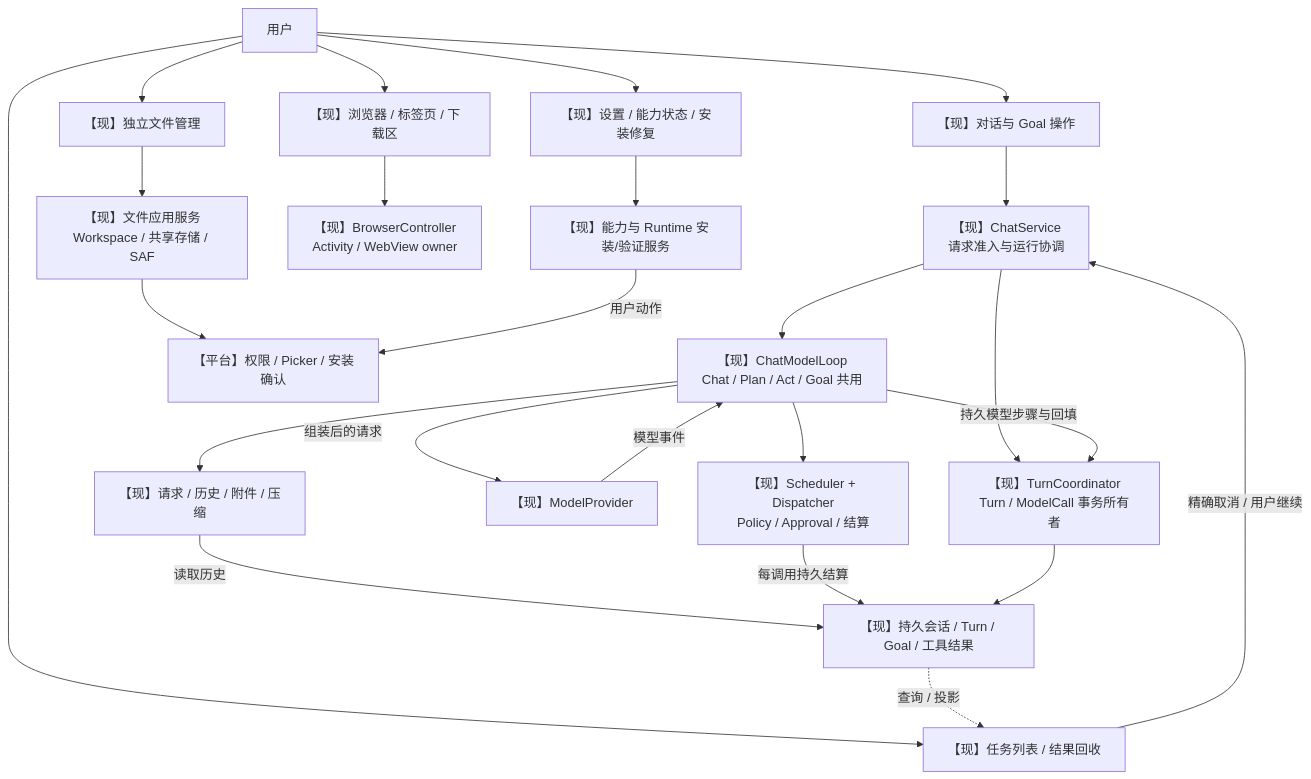
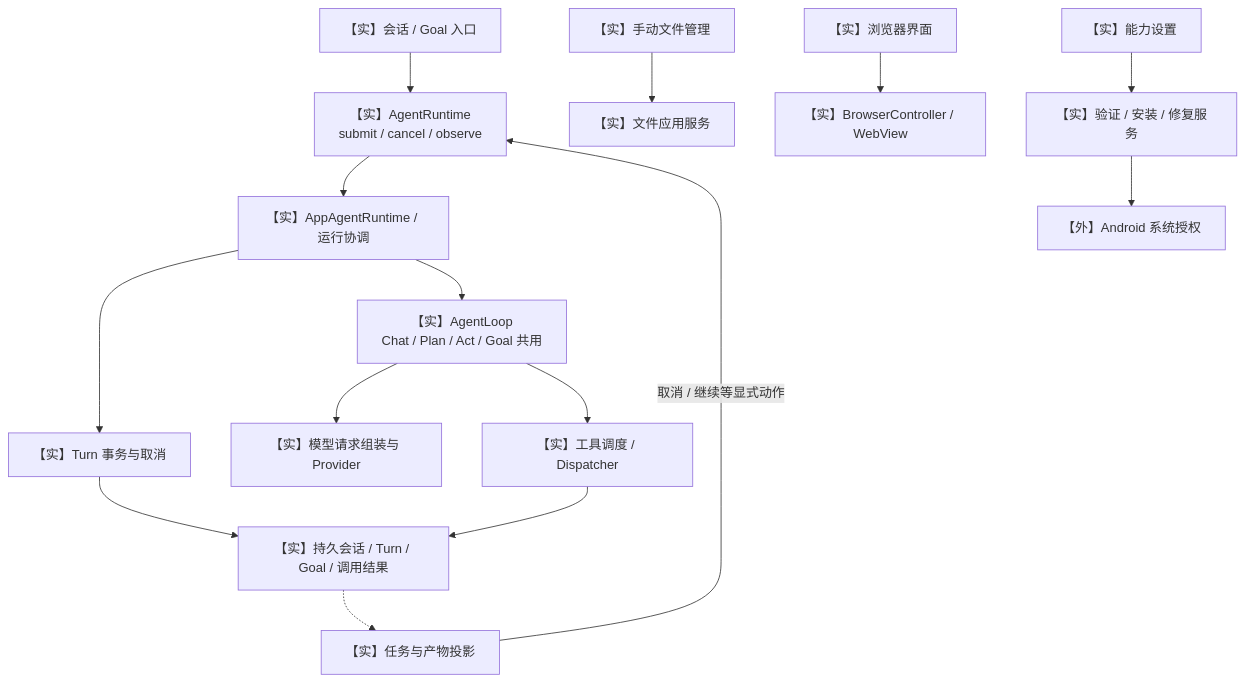
Before and after one commit to dollarser/helix-agent: the first of 11 diagrams in docs/research/helix-mermaid-architecture-diagrams.md, drawn with Mermaid. The commit also changed other lines of this file and 1 other file, not shown here.

Commit message:
docs: align research and architecture diagrams with current decisions

````diff
--- a/docs/research/helix-mermaid-architecture-diagrams.md
+++ b/docs/research/helix-mermaid-architecture-diagrams.md
@@ -29,44 +21,17 @@
 ```mermaid
 flowchart TB
-    USER["用户"]
-    CHAT["【现】对话与 Goal 操作"]
-    TASKUI["【现】任务列表 / 结果回收"]
-    FILEUI["【现】独立文件管理"]
-    BROWSERUI["【现】浏览器 / 标签页 / 下载区"]
-    SETTINGS["【现】设置 / 能力状态 / 安装修复"]
-    SERVICE["【现】ChatService<br/>请求准入与运行协调"]
-    TURN["【现】TurnCoordinator<br/>Turn / ModelCall 事务所有者"]
-    LOOP["【现】ChatModelLoop<br/>Chat / Plan / Act / Goal 共用"]
-    REQUEST["【现】请求 / 历史 / 附件 / 压缩"]
-    MODEL["【现】ModelProvider"]
-    TOOL["【现】Scheduler + Dispatcher<br/>Policy / Approval / 结算"]
-    DB["【现】持久会话 / Turn / Goal / 工具结果"]
-    FILES["【现】文件应用服务<br/>Workspace / 共享存储 / SAF"]
-    WEBVIEW["【现】BrowserController<br/>Activity / WebView owner"]
-    CAP["【现】能力与 Runtime 安装/验证服务"]
-    OS["【平台】权限 / Picker / 安装确认"]
-
-    USER --> CHAT
-    USER --> TASKUI
-    USER --> FILEUI
-    USER --> BROWSERUI
-    USER --> SETTINGS
-    CHAT --> SERVICE
-    TASKUI -->|"精确取消 / 用户继续"| SERVICE
-    SERVICE --> TURN
-    SERVICE --> LOOP
-    LOOP -->|"持久模型步骤与回填"| TURN
-    LOOP --> REQUEST
-    REQUEST -->|"读取历史"| DB
-    LOOP -->|"组装后的请求"| MODEL
-    MODEL -->|"模型事件"| LOOP
-    LOOP --> TOOL
-    TOOL -->|"每调用持久结算"| DB
-    TURN --> DB
-    DB -.->|"查询 / 投影"| TASKUI
-    FILEUI --> FILES
-    FILES --> OS
-    BROWSERUI --> WEBVIEW
-    SETTINGS --> CAP
-    CAP -->|"用户动作"| OS
+    UI["【实】会话 / Goal 入口"] --> API["【实】AgentRuntime<br/>submit / cancel / observe"]
+    API --> APP["【实】AppAgentRuntime / 运行协调"]
+    APP --> TURN["【实】Turn 事务与取消"]
+    APP --> LOOP["【实】AgentLoop<br/>Chat / Plan / Act / Goal 共用"]
+    LOOP --> MODEL["【实】模型请求组装与 Provider"]
+    LOOP --> TOOLS["【实】工具调度 / Dispatcher"]
+    TURN --> DB["【实】持久会话 / Turn / Goal / 调用结果"]
+    TOOLS --> DB
+    DB -.-> TASKS["【实】任务与产物投影"]
+    TASKS -->|"取消 / 继续等显式动作"| API
+    FILEUI["【实】手动文件管理"] --> FILES["【实】文件应用服务"]
+    WEBUI["【实】浏览器界面"] --> WEB["【实】BrowserController / WebView"]
+    SETUP["【实】能力设置"] --> SERVICES["【实】验证 / 安装 / 修复服务"]
+    SERVICES --> OS["【外】Android 系统授权"]
 ```
````
